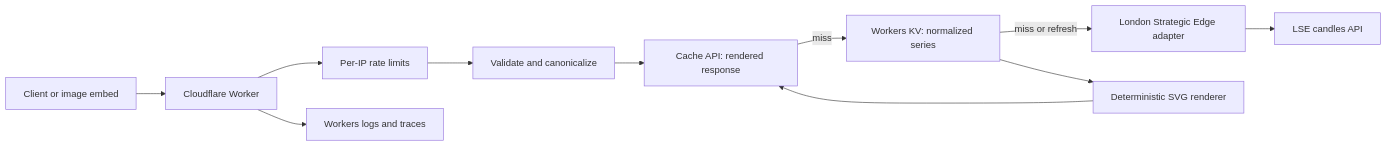
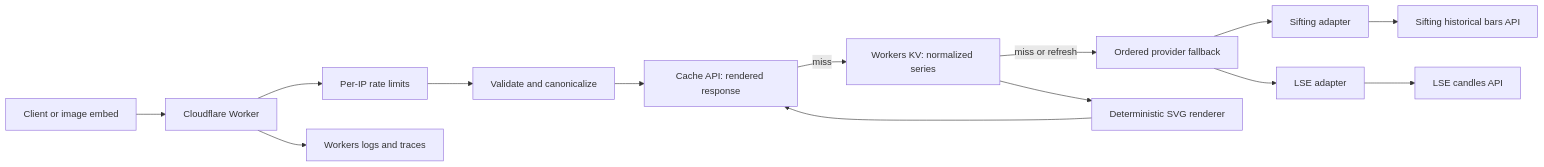
One commit to Kahtaf/ticker-line changed the diagram in docs/implementation.md. Above: the diagram before and after it, drawn with Mermaid. The commit also changed other lines of this file and 23 other files, not shown here.

Commit message:
feat: add Sifting market data provider

````diff
--- a/docs/implementation.md
+++ b/docs/implementation.md
@@ -12,13 +12,16 @@
 ```mermaid
 flowchart LR
     C["Client or image embed"] --> W["Cloudflare Worker"]
     W --> L["Per-IP rate limits"]
     L --> V["Validate and canonicalize"]
     V --> R["Cache API: rendered response"]
     R -->|miss| D["Workers KV: normalized series"]
-    D -->|miss or refresh| P["London Strategic Edge adapter"]
-    P --> LSE["LSE candles API"]
+    D -->|miss or refresh| F["Ordered provider fallback"]
+    F --> SIO["Sifting adapter"]
+    F --> LSE["LSE adapter"]
+    SIO --> SA["Sifting historical bars API"]
+    LSE --> LA["LSE candles API"]
     D --> S["Deterministic SVG renderer"]
     S --> R
     W --> O["Workers logs and traces"]
 ```
````
